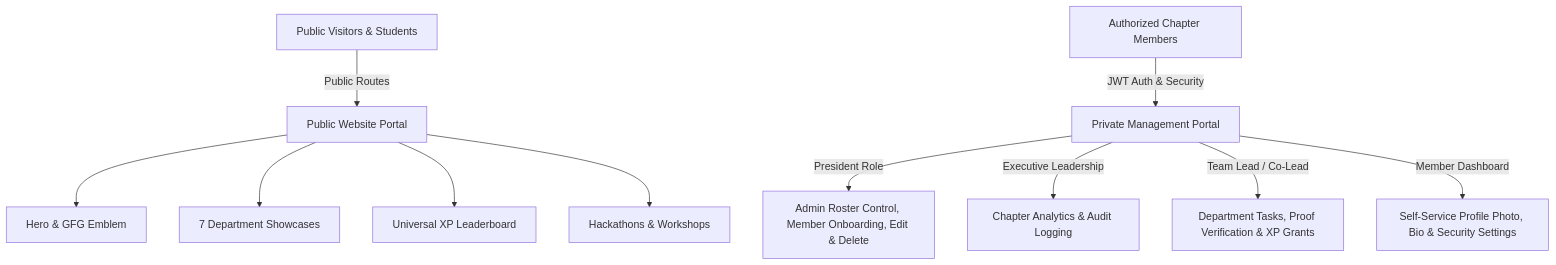
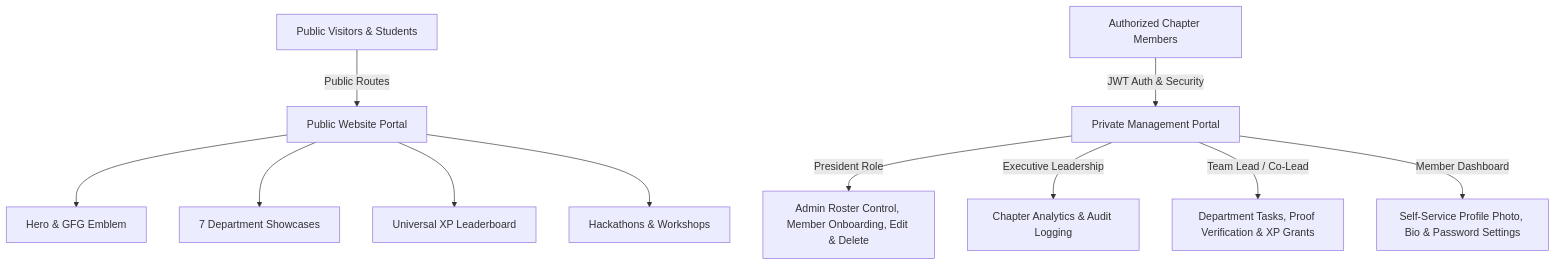
One commit to Ashutosh2245/gfg-student-chapter changed the diagram in README.md. Above: the diagram before and after it, drawn with Mermaid. The commit also changed other lines of this file and 7 other files, not shown here.

````diff
--- a/README.md
+++ b/README.md
@@ -74,14 +91,14 @@
 ```mermaid
 graph TD
     A[Public Visitors & Students] -->|Public Routes| B[Public Website Portal]
     B --> C[Hero & GFG Emblem]
     B --> D[7 Department Showcases]
     B --> E[Universal XP Leaderboard]
     B --> F[Hackathons & Workshops]
     
     G[Authorized Chapter Members] -->|JWT Auth & Security| H[Private Management Portal]
     H -->|President Role| I[Admin Roster Control, Member Onboarding, Edit & Delete]
     H -->|Executive Leadership| J[Chapter Analytics & Audit Logging]
     H -->|Team Lead / Co-Lead| K[Department Tasks, Proof Verification & XP Grants]
-    H -->|Member Dashboard| L[Self-Service Profile Photo, Bio & Security Settings]
+    H -->|Member Dashboard| L[Self-Service Profile Photo, Bio & Password Settings]
 ```
````
